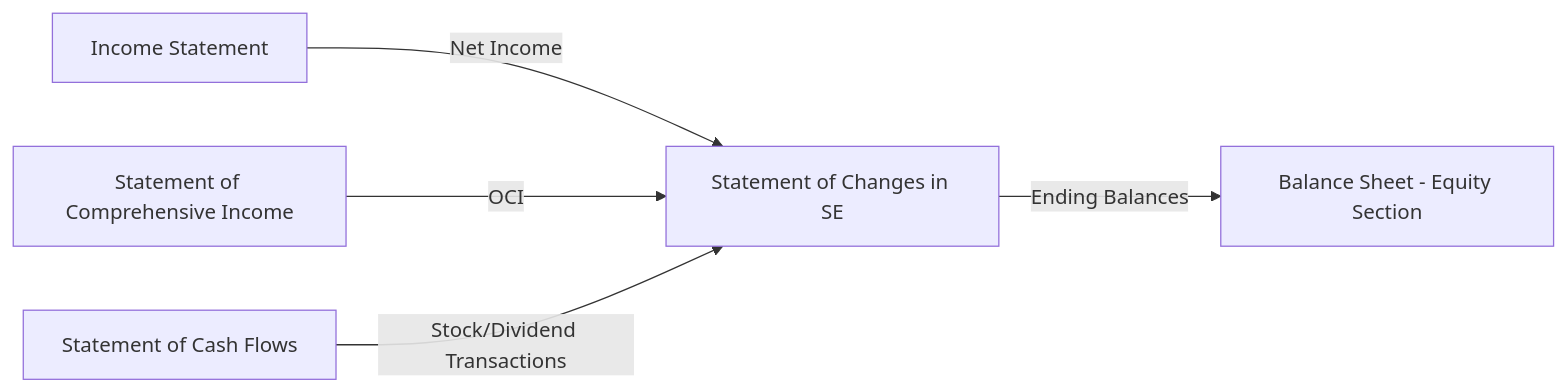
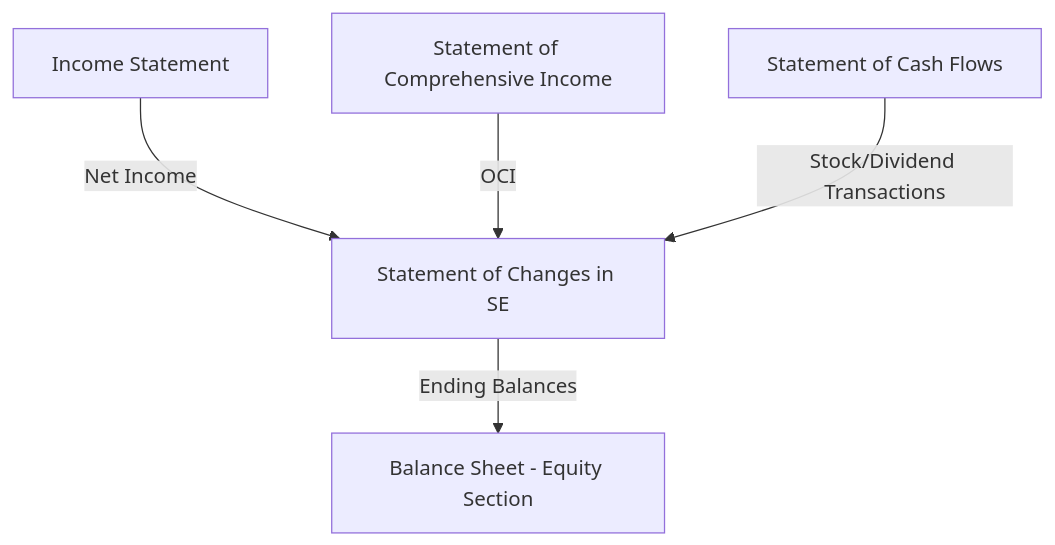
Before and after one commit to subwaymatch/cpabear-book: the diagram in docs/far/financial-statement-presentation/statement-of-changes-in-stockholders-equity.md, drawn with Mermaid. The commit also changed other lines of this file and 118 other files, not shown here.

First line of the commit message:
Fix 721 broken admonitions and convert 9 mermaid diagrams to vertical layout

````diff
--- a/docs/far/financial-statement-presentation/statement-of-changes-in-stockholders-equity.md
+++ b/docs/far/financial-statement-presentation/statement-of-changes-in-stockholders-equity.md
@@ -201,7 +203,7 @@
 ```mermaid
-flowchart LR
+flowchart TD
     A[Income Statement] -->|Net Income| B[Statement of Changes in SE]
     C[Statement of Comprehensive Income] -->|OCI| B
     B -->|Ending Balances| D[Balance Sheet - Equity Section]
     E[Statement of Cash Flows] -->|Stock/Dividend Transactions| B
 ```
````
